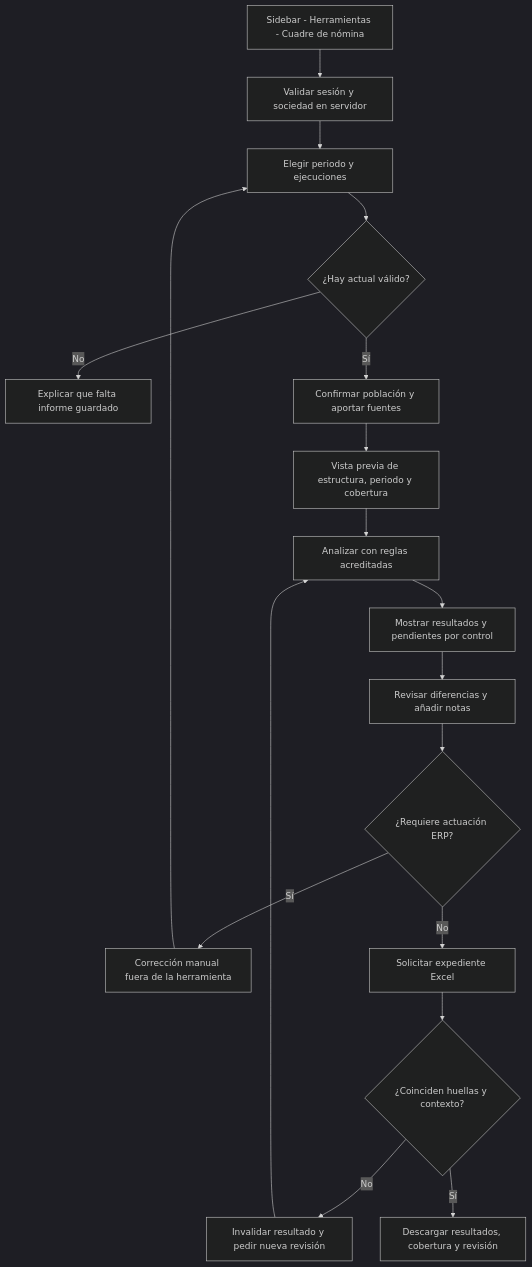
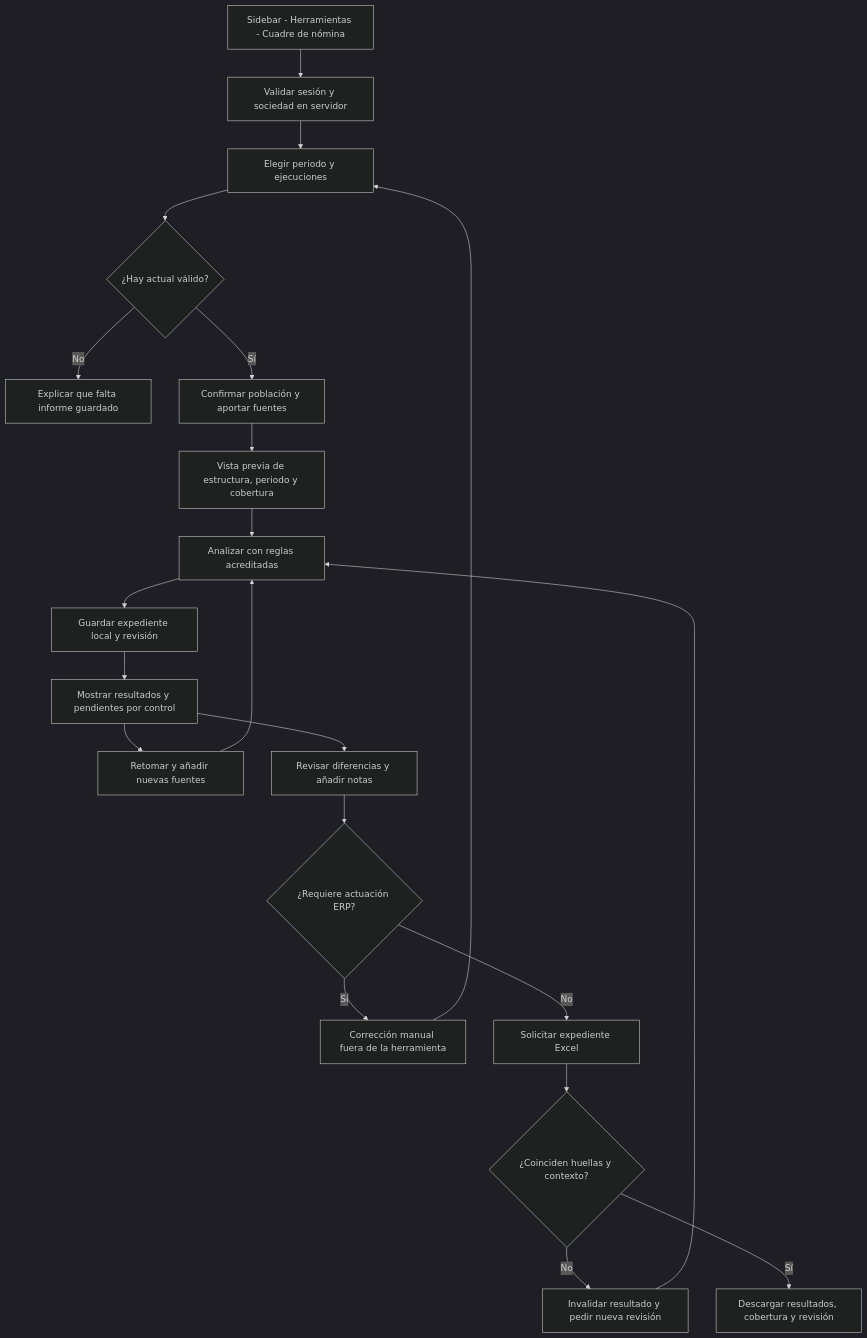
The second of 5 diagrams in docs/automatizacion-reunion/WORKFLOW.md (erpereh/powermeta4), drawn with Mermaid (dark theme) before and after one commit. The commit also changed other lines of this file and 53 other files, not shown here.

````diff
--- a/docs/automatizacion-reunion/WORKFLOW.md
+++ b/docs/automatizacion-reunion/WORKFLOW.md
@@ -32,20 +33,23 @@
 ```mermaid
 flowchart TD
   A[Sidebar - Herramientas - Cuadre de nómina] --> B[Validar sesión y sociedad en servidor]
   B --> C[Elegir periodo y ejecuciones]
   C --> D{¿Hay actual válido?}
   D -->|No| E[Explicar que falta informe guardado]
   D -->|Sí| F[Confirmar población y aportar fuentes]
   F --> G[Vista previa de estructura, periodo y cobertura]
   G --> H[Analizar con reglas acreditadas]
-  H --> I[Mostrar resultados y pendientes por control]
+  H --> SAVE[Guardar expediente local y revisión]
+  SAVE --> I[Mostrar resultados y pendientes por control]
+  I --> MORE[Retomar y añadir nuevas fuentes]
+  MORE --> H
   I --> J[Revisar diferencias y añadir notas]
   J --> K{¿Requiere actuación ERP?}
   K -->|Sí| L[Corrección manual fuera de la herramienta]
   L --> C
   K -->|No| M[Solicitar expediente Excel]
   M --> N{¿Coinciden huellas y contexto?}
   N -->|No| O[Invalidar resultado y pedir nueva revisión]
   O --> H
   N -->|Sí| P[Descargar resultados, cobertura y revisión]
 ```
````
